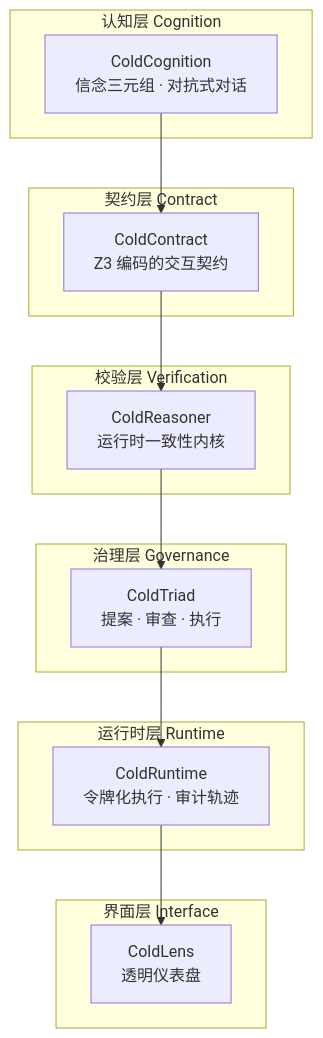
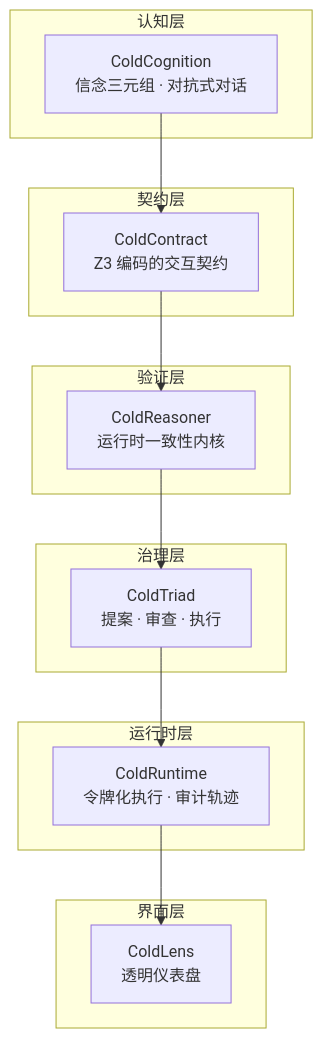
The diagram in profile/README.zh.md (cold-os/.github), drawn with Mermaid before and after one commit. The commit also changed other lines of this file, not shown here.

````diff
--- a/profile/README.zh.md
+++ b/profile/README.zh.md
@@ -42,22 +42,22 @@
 ```mermaid
 flowchart TD
-    subgraph L1[认知层 Cognition]
-        A[ColdCognition\n信念三元组 · 对抗式对话]
+    subgraph L1[认知层]
+        A[ColdCognition<br/>信念三元组 · 对抗式对话]
     end
-    subgraph L2[契约层 Contract]
-        B[ColdContract\nZ3 编码的交互契约]
+    subgraph L2[契约层]
+        B[ColdContract<br/>Z3 编码的交互契约]
     end
-    subgraph L3[校验层 Verification]
-        C[ColdReasoner\n运行时一致性内核]
+    subgraph L3[验证层]
+        C[ColdReasoner<br/>运行时一致性内核]
     end
-    subgraph L4[治理层 Governance]
-        D[ColdTriad\n提案 · 审查 · 执行]
+    subgraph L4[治理层]
+        D[ColdTriad<br/>提案 · 审查 · 执行]
     end
-    subgraph L5[运行时层 Runtime]
-        E[ColdRuntime\n令牌化执行 · 审计轨迹]
+    subgraph L5[运行时层]
+        E[ColdRuntime<br/>令牌化执行 · 审计轨迹]
     end
-    subgraph L6[界面层 Interface]
-        F[ColdLens\n透明仪表盘]
+    subgraph L6[界面层]
+        F[ColdLens<br/>透明仪表盘]
     end
     A --> B --> C --> D --> E --> F
 ```
````
